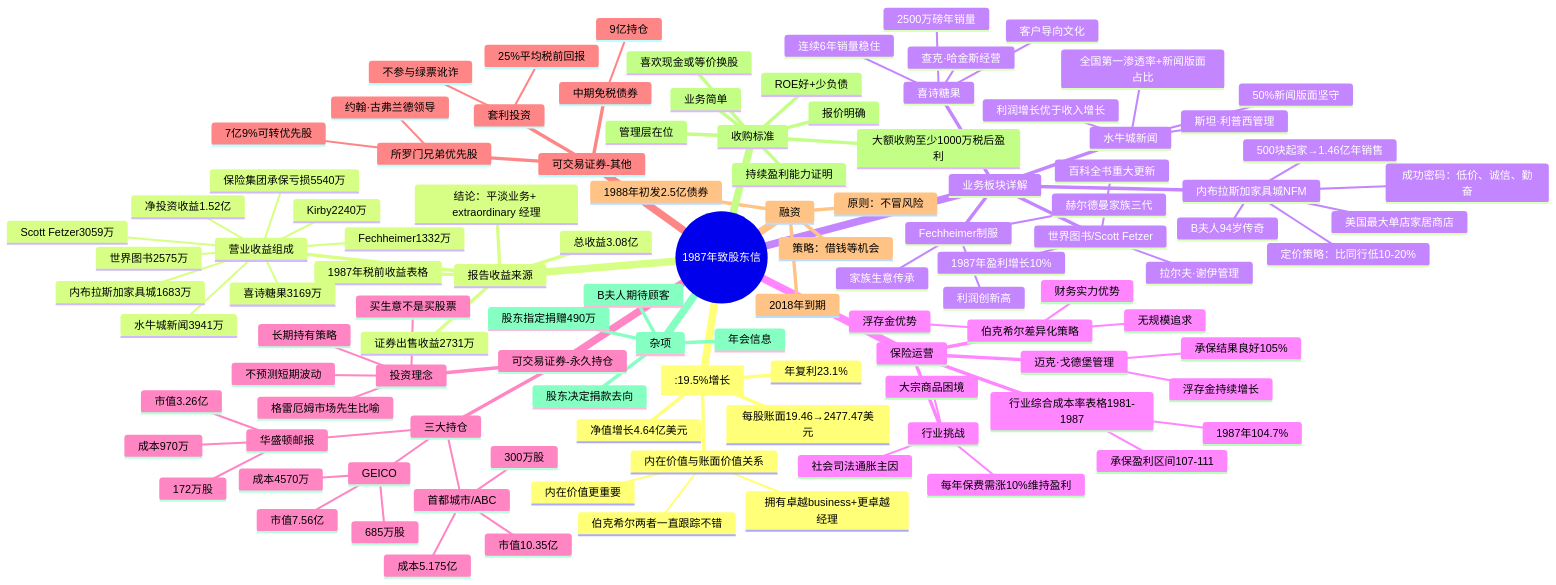
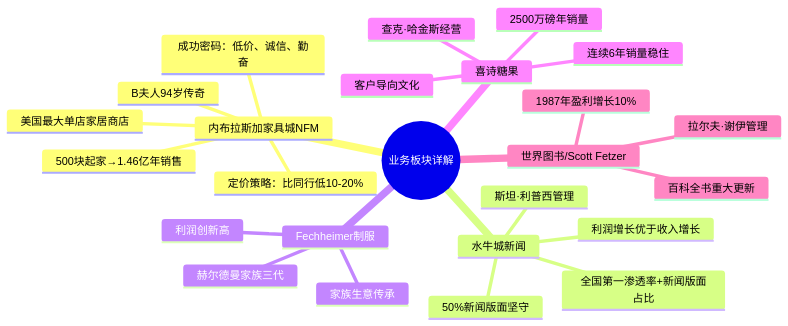
One commit to carllhm/buffett-knowledge-base changed the fourth of 10 diagrams in docs/01_letters/1987年/思维导图.md. Above: the diagram before and after it, drawn with Mermaid. The commit also changed other lines of this file and 719 other files, not shown here.

Commit message:
思维导图重构：两级结构，总览+折叠子导图

````diff
--- a/docs/01_letters/1987年/思维导图.md
+++ b/docs/01_letters/1987年/思维导图.md
@@ -3,125 +105,28 @@
 ```mermaid
 mindmap
-  root((1987年致股东信))
-    [:19.5%增长]
-      净值增长4.64亿美元
-      每股账面19.46→2477.47美元
-      年复利23.1%
-      内在价值与账面价值关系
-        内在价值更重要
-        伯克希尔两者一直跟踪不错
-        拥有卓越business+更卓越经理
-
-    报告收益来源
-      1987年税前收益表格
-      营业收益组成
-        保险集团承保亏损5540万
-        净投资收益1.52亿
-        水牛城新闻3941万
-        喜诗糖果3169万
-        Scott Fetzer3059万
-        世界图书2575万
-        Fechheimer1332万
-        Kirby2240万
-        内布拉斯加家具城1683万
-      证券出售收益2731万
-      总收益3.08亿
-      结论：平淡业务+ extraordinary 经理
-
-    业务板块详解
-      内布拉斯加家具城NFM
-        B夫人94岁传奇
-        500块起家→1.46亿年销售
-        美国最大单店家居商店
-        定价策略：比同行低10-20%
-        成功密码：低价、诚信、勤奋
-
-      水牛城新闻
-        斯坦·利普西管理
-        全国第一渗透率+新闻版面占比
-        50%新闻版面坚守
-        利润增长优于收入增长
-
-      Fechheimer制服
-        赫尔德曼家族三代
-        利润创新高
-        家族生意传承
-
-      喜诗糖果
-        查克·哈金斯经营
-        2500万磅年销量
-        客户导向文化
-        连续6年销量稳住
-
-      世界图书/Scott Fetzer
-        拉尔夫·谢伊管理
-        1987年盈利增长10%
-        百科全书重大更新
-
-    保险运营
-      行业综合成本率表格1981-1987
-        1987年104.7%
-        承保盈利区间107-111
-      行业挑战
-        社会司法通胀主因
-        每年保费需涨10%维持盈利
-        大宗商品困境
-      伯克希尔差异化策略
-        财务实力优势
-        无规模追求
-        浮存金优势
-      迈克·戈德堡管理
-        承保结果良好105%
-        浮存金持续增长
-
-    可交易证券-永久持仓
-      三大持仓
-        首都城市/ABC
-          300万股
-          成本5.175亿
-          市值10.35亿
-        GEICO
-          685万股
-          成本4570万
-          市值7.56亿
-        华盛顿邮报
-          172万股
-          成本970万
-          市值3.26亿
-      投资理念
-        买生意不是买股票
-        格雷厄姆市场先生比喻
-        长期持有策略
-        不预测短期波动
-
-    可交易证券-其他
-      中期免税债券
-        9亿持仓
-      套利投资
-        25%平均税前回报
-        不参与绿票讹诈
-      所罗门兄弟优先股
-        7亿9%可转优先股
-        约翰·古弗兰德领导
-
-    融资
-      1988年初发2.5亿债券
-      2018年到期
-      策略：借钱等机会
-      原则：不冒风险
-
-    收购标准
-      大额收购至少1000万税后盈利
-      持续盈利能力证明
-      ROE好+少负债
-      管理层在位
-      业务简单
-      报价明确
-      喜欢现金或等价换股
-
-    杂项
-      股东指定捐赠490万
-      股东决定捐款去向
-      年会信息
-      B夫人期待顾客
+  root((业务板块详解))
+    内布拉斯加家具城NFM
+      B夫人94岁传奇
+      500块起家→1.46亿年销售
+      美国最大单店家居商店
+      定价策略：比同行低10-20%
+      成功密码：低价、诚信、勤奋
+    水牛城新闻
+      斯坦·利普西管理
+      全国第一渗透率+新闻版面占比
+      50%新闻版面坚守
+      利润增长优于收入增长
+    Fechheimer制服
+      赫尔德曼家族三代
+      利润创新高
+      家族生意传承
+    喜诗糖果
+      查克·哈金斯经营
+      2500万磅年销量
+      客户导向文化
+      连续6年销量稳住
+    世界图书/Scott Fetzer
+      拉尔夫·谢伊管理
+      1987年盈利增长10%
+      百科全书重大更新
 ```
````
